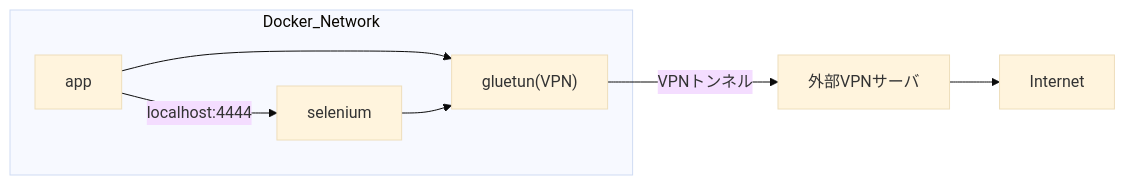
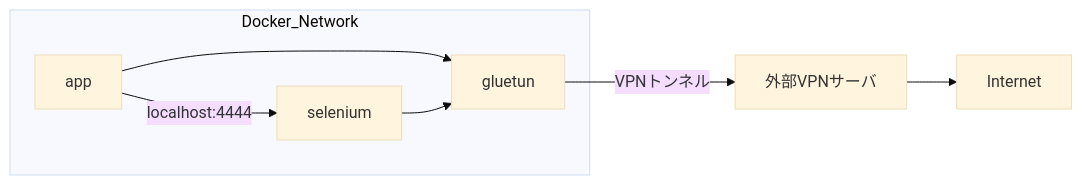
Before and after one commit to catdance124/sample_docker-vpn: the second of 2 diagrams in README.md, drawn with Mermaid (base theme). The commit also changed other lines of this file, not shown here.

````diff
--- a/README.md
+++ b/README.md
@@ -67,14 +67,14 @@
 ```mermaid
 flowchart LR
     subgraph Docker_Network
         app["app"]
         selenium["selenium"]
-        gluetun["gluetun(VPN)"]
+        gluetun["gluetun"]
     end
 
     app -- "localhost:4444" --> selenium
     app --> gluetun
     selenium --> gluetun
     gluetun -- "VPNトンネル" --> vpnserver["外部VPNサーバ"]
     vpnserver --> Internet["Internet"]
 ```
````
